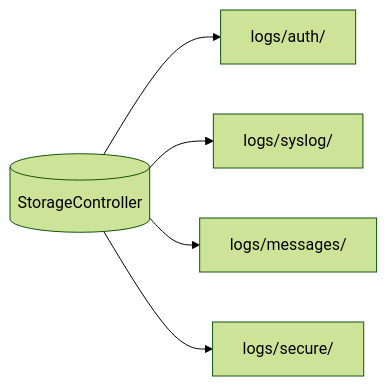
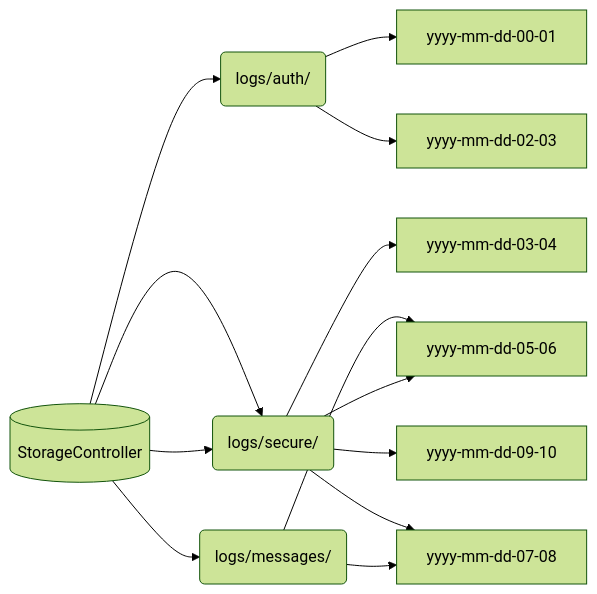
One commit to endepointe/watchlog changed the second of 2 diagrams in docs/README.md. Above: the diagram before and after it, drawn with Mermaid (forest theme). The commit also changed other lines of this file, not shown here.

````diff
--- a/docs/README.md
+++ b/docs/README.md
@@ -129,7 +129,15 @@
 ```mermaid
 graph LR
-S[(StorageController)] --> logs/auth/
-S --> logs/syslog/
-S --> logs/messages/
-S --> logs/secure/
+S[(StorageController)] --> la(logs/auth/)
+S --> ls(logs/syslog/)
+S --> lm(logs/messages/)
+S --> ls(logs/secure/)
+la --> yyyy-mm-dd-00-01
+la --> yyyy-mm-dd-02-03
+ls --> yyyy-mm-dd-03-04
+ls --> yyyy-mm-dd-05-06
+lm --> yyyy-mm-dd-05-06
+lm --> yyyy-mm-dd-07-08
+ls --> yyyy-mm-dd-07-08
+ls --> yyyy-mm-dd-09-10
 ```
````
